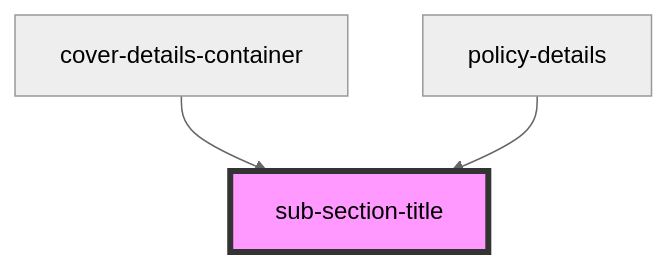
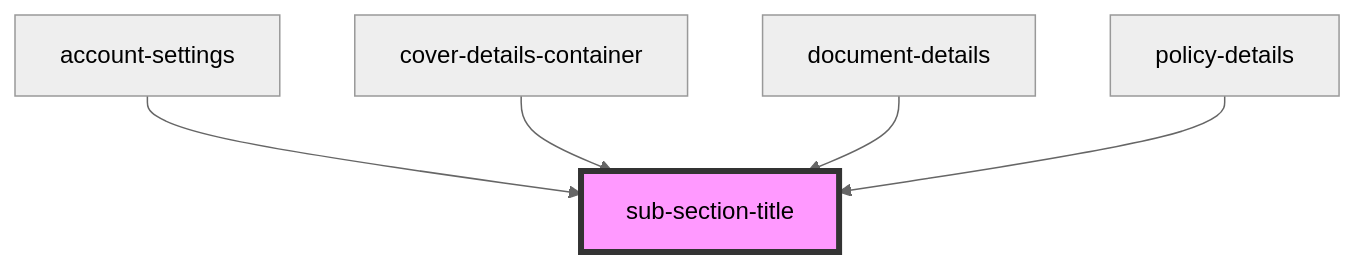
The diagram in docs/components/base-components/sub-section-title/readme.md (Cardiff-Ook/poc-component-library), drawn with Mermaid (neutral theme) before and after one commit. The commit also changed other lines of this file and 48 other files, not shown here.

````diff
--- a/docs/components/base-components/sub-section-title/readme.md
+++ b/docs/components/base-components/sub-section-title/readme.md
@@ -23,6 +25,8 @@
 ```mermaid
 graph TD;
+  account-settings --> sub-section-title
   cover-details-container --> sub-section-title
+  document-details --> sub-section-title
   policy-details --> sub-section-title
   style sub-section-title fill:#f9f,stroke:#333,stroke-width:4px
 ```
````
